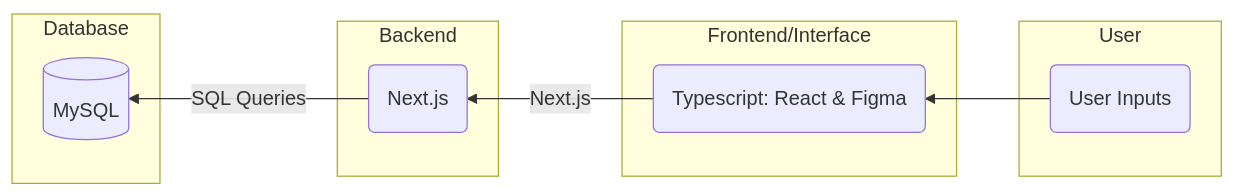
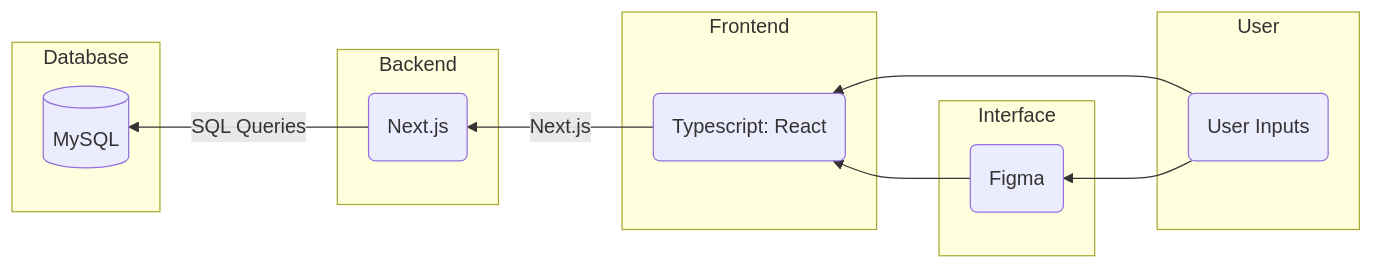
The second of 2 diagrams in README.md (aayushb03/yahtzee), drawn with Mermaid before and after one commit.

Commit message:
Update file README.md

````diff
--- a/README.md
+++ b/README.md
@@ -210,22 +210,28 @@
 ```mermaid
 flowchart RL
 subgraph User
 	A(User Inputs)
 end
 	
-subgraph Frontend/Interface
-	B(Typescript: React & Figma)
+subgraph Frontend
+	B(Typescript: React)
+end
+
+subgraph Interface
+    E(Figma)
 end
 	
 subgraph Backend
 	C(Next.js)
 end
 
 subgraph Database
 	D[(MySQL)]
 end
 
 A --> B
+A --> E
+E --> B
 B --> |Next.js| C
 C --> |SQL Queries| D
 ```
````
